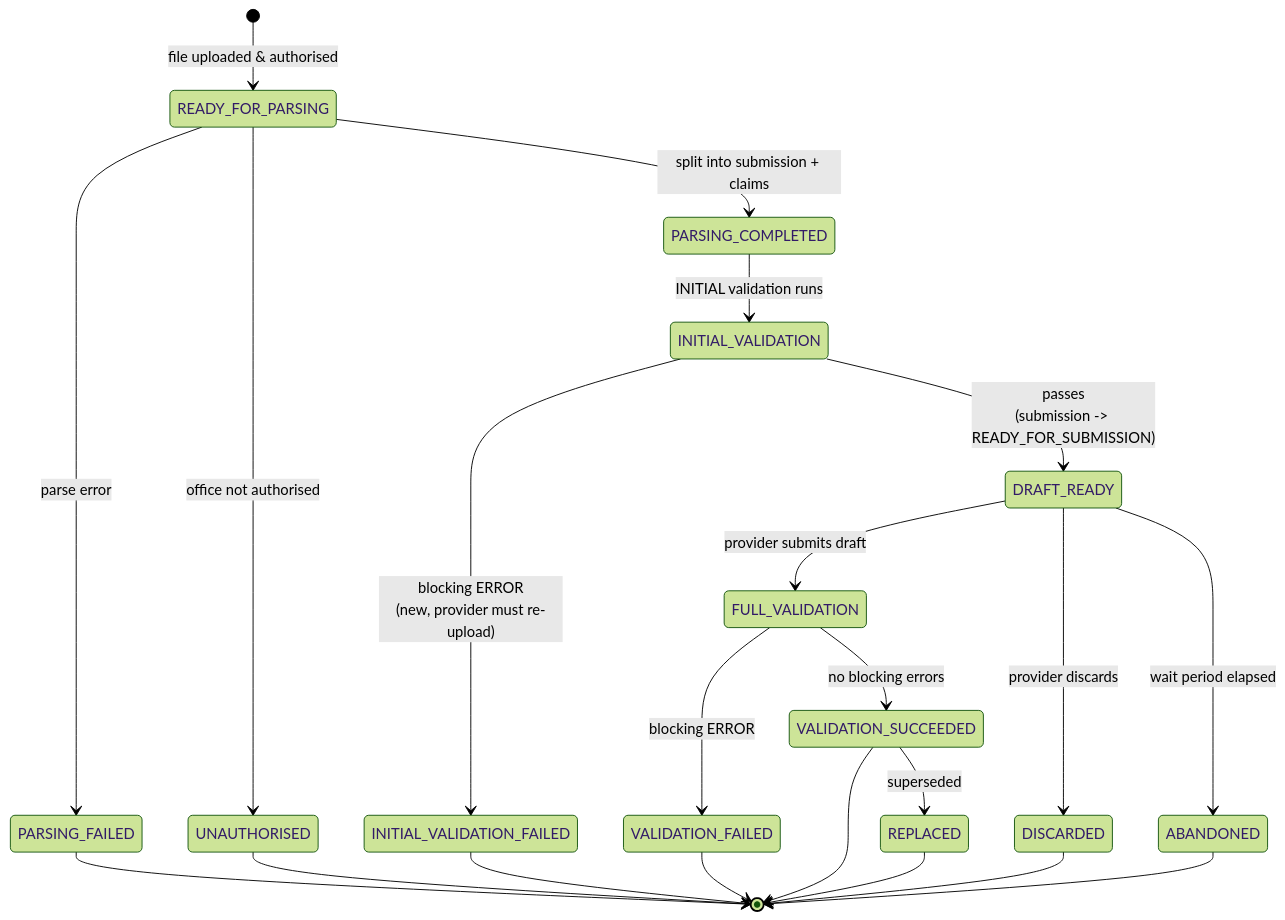
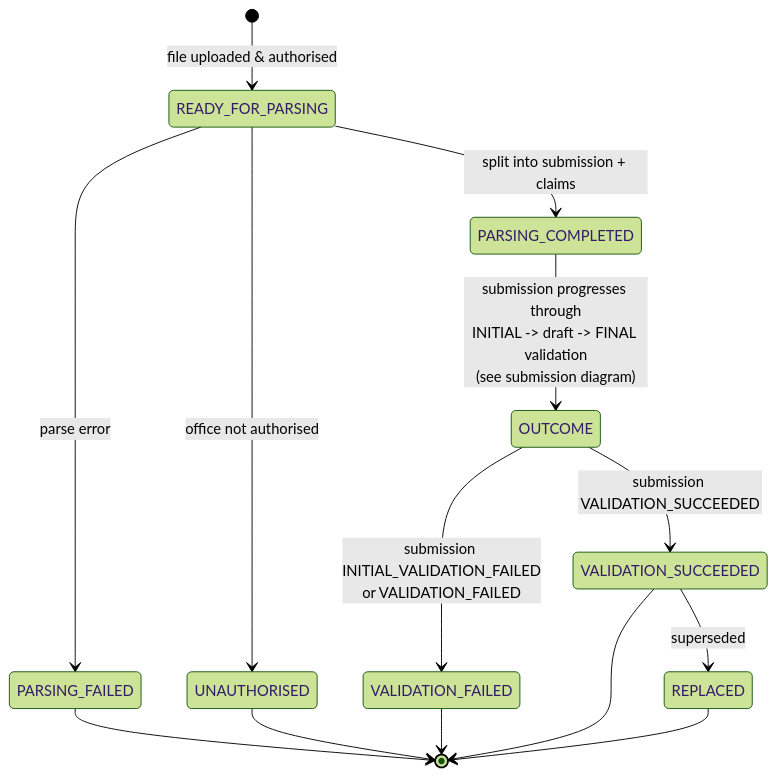
The diagram in docs/state-transition-bulk-submission.md (ministryofjustice/laa-data-claims-api), drawn with Mermaid (forest theme) before and after one commit. The commit also changed other lines of this file and 5 other files, not shown here.

Commit message:
More changes to the flowchart and ADR files to reflect the team discussion and decisions.

````diff
--- a/docs/state-transition-bulk-submission.md
+++ b/docs/state-transition-bulk-submission.md
@@ -13,31 +15,20 @@
 ```mermaid
 stateDiagram-v2
     [*] --> READY_FOR_PARSING : file uploaded & authorised
 
     READY_FOR_PARSING --> PARSING_FAILED : parse error
     READY_FOR_PARSING --> UNAUTHORISED : office not authorised
     READY_FOR_PARSING --> PARSING_COMPLETED : split into submission + claims
 
-    PARSING_COMPLETED --> INITIAL_VALIDATION : INITIAL validation runs
-    state INITIAL_VALIDATION <<choice>>
-    INITIAL_VALIDATION --> INITIAL_VALIDATION_FAILED : blocking ERROR<br/>(new, provider must re-upload)
-    INITIAL_VALIDATION --> DRAFT_READY : passes<br/>(submission -> READY_FOR_SUBMISSION)
-
-    DRAFT_READY --> FULL_VALIDATION : provider submits draft
-    DRAFT_READY --> DISCARDED : provider discards
-    DRAFT_READY --> ABANDONED : wait period elapsed
-
-    state FULL_VALIDATION <<choice>>
-    FULL_VALIDATION --> VALIDATION_SUCCEEDED : no blocking errors
-    FULL_VALIDATION --> VALIDATION_FAILED : blocking ERROR
+    PARSING_COMPLETED --> OUTCOME : submission progresses through<br/>INITIAL -> draft -> FINAL validation<br/>(see submission diagram)
+    state OUTCOME <<choice>>
+    OUTCOME --> VALIDATION_SUCCEEDED : submission VALIDATION_SUCCEEDED
+    OUTCOME --> VALIDATION_FAILED : submission INITIAL_VALIDATION_FAILED<br/>or VALIDATION_FAILED
 
     VALIDATION_SUCCEEDED --> REPLACED : superseded
     PARSING_FAILED --> [*]
     UNAUTHORISED --> [*]
-    INITIAL_VALIDATION_FAILED --> [*]
     VALIDATION_FAILED --> [*]
     VALIDATION_SUCCEEDED --> [*]
     REPLACED --> [*]
-    DISCARDED --> [*]
-    ABANDONED --> [*]
 ```
````
